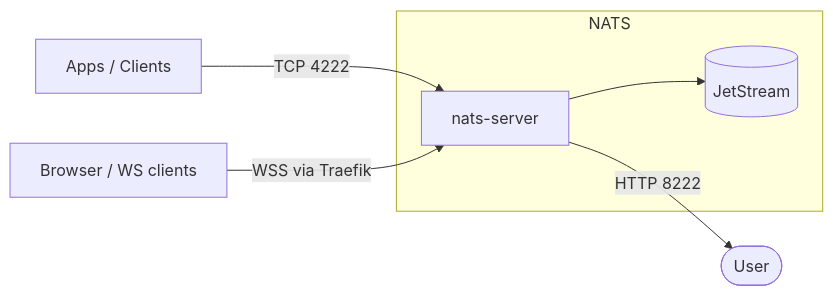
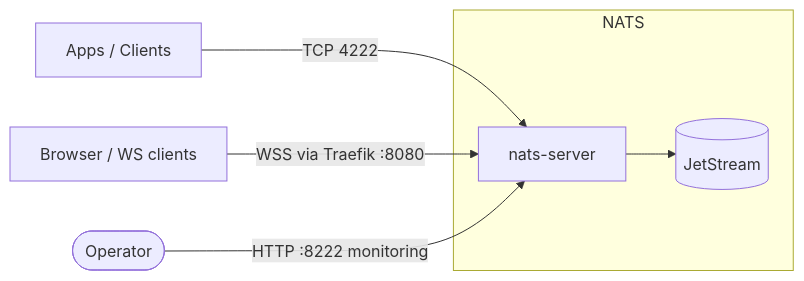
The diagram in README.md (quochuydev/dokploy-nats), drawn with Mermaid before and after one commit. The commit also changed 3 other files, not shown here.

````diff
--- a/README.md
+++ b/README.md
@@ -7,16 +7,16 @@
 ```mermaid
 flowchart LR
     apps[Apps / Clients]
     web[Browser / WS clients]
-    user([User])
+    admin([Operator])
 
     subgraph nats[NATS]
         srv[nats-server]
         js[(JetStream)]
         srv --> js
     end
 
     apps -->|TCP 4222| srv
-    web -->|WSS via Traefik| srv
-    srv -->|HTTP 8222| user
+    web -->|WSS via Traefik :8080| srv
+    admin -->|HTTP :8222 monitoring| srv
 ```
````
